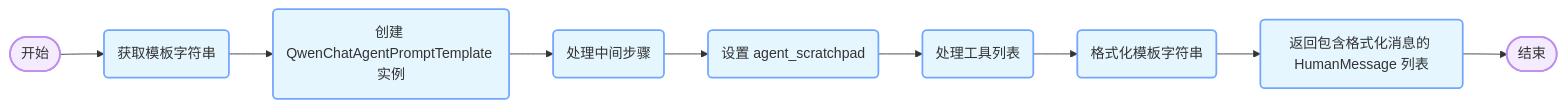
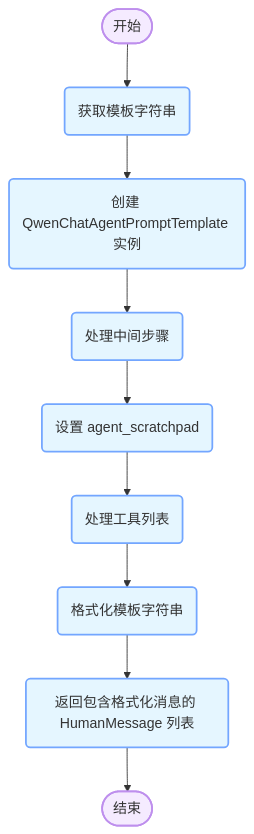
Before and after one commit to sdgixfg/iodraw-files: the diagram in all/未命名-2.md, drawn with Mermaid.

Commit message:
2025-05-24 15:53:12 update

````diff
--- a/all/未命名-2.md
+++ b/all/未命名-2.md
@@ -1,18 +1,19 @@
 ```mermaid
-graph LR
+flowchart TB
     classDef startend fill:#F5EBFF,stroke:#BE8FED,stroke-width:2px
     classDef process fill:#E5F6FF,stroke:#73A6FF,stroke-width:2px
     classDef decision fill:#FFF6CC,stroke:#FFBC52,stroke-width:2px
     
     A([开始]):::startend --> E(获取模板字符串):::process
     
     E --> F(创建 QwenChatAgentPromptTemplate 实例):::process
     F --> G(处理中间步骤):::process
 
     G --> H(设置 agent_scratchpad):::process
     H --> J(处理工具列表):::process
     %% I --> J(创建工具名称列表):::process
     J --> K(格式化模板字符串):::process
     K --> L(返回包含格式化消息的 HumanMessage 列表):::process
+    G
     L --> M([结束]):::startend
 ```
````
